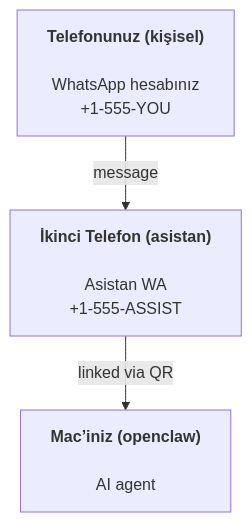
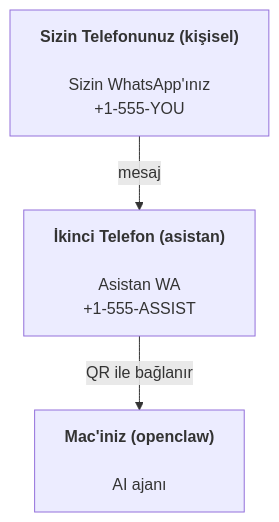
One commit to openclaw/docs changed the diagram in docs/tr/start/openclaw.md. Above: the diagram before and after it, drawn with Mermaid. The commit also changed other lines of this file and 440 other files, not shown here.

````diff
--- a/docs/tr/start/openclaw.md
+++ b/docs/tr/start/openclaw.md
@@ -43,5 +43,5 @@
 ```mermaid
 flowchart TB
-    A["<b>Telefonunuz (kişisel)<br></b><br>WhatsApp hesabınız<br>+1-555-YOU"] -- message --> B["<b>İkinci Telefon (asistan)<br></b><br>Asistan WA<br>+1-555-ASSIST"]
-    B -- linked via QR --> C["<b>Mac’iniz (openclaw)<br></b><br>AI agent"]
+    A["<b>Sizin Telefonunuz (kişisel)<br></b><br>Sizin WhatsApp'ınız<br>+1-555-YOU"] -- mesaj --> B["<b>İkinci Telefon (asistan)<br></b><br>Asistan WA<br>+1-555-ASSIST"]
+    B -- QR ile bağlanır --> C["<b>Mac'iniz (openclaw)<br></b><br>AI ajanı"]
 ```
````
